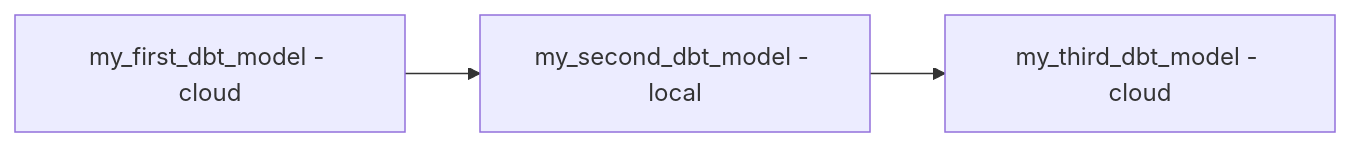
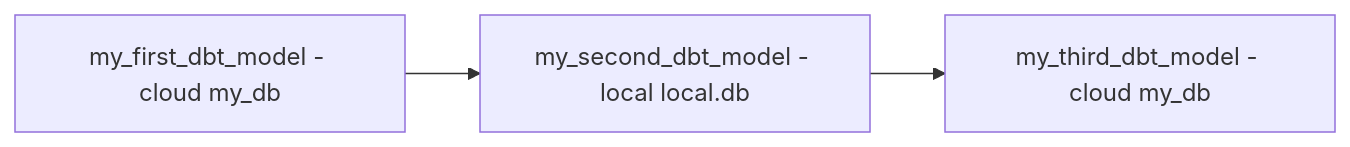
One commit to motherduckdb/motherduck-examples changed the diagram in dbt-dual-execution/README.md. Above: the diagram before and after it, drawn with Mermaid. The commit also changed other lines of this file and 38 other files, not shown here.

````diff
--- a/dbt-dual-execution/README.md
+++ b/dbt-dual-execution/README.md
@@ -33,5 +52,5 @@
 ```mermaid
 graph LR
-    A[my_first_dbt_model - cloud] --> B[my_second_dbt_model - local]
-    B --> C[my_third_dbt_model - cloud]
+    A[my_first_dbt_model - cloud my_db] --> B[my_second_dbt_model - local local.db]
+    B --> C[my_third_dbt_model - cloud my_db]
 ```
````
